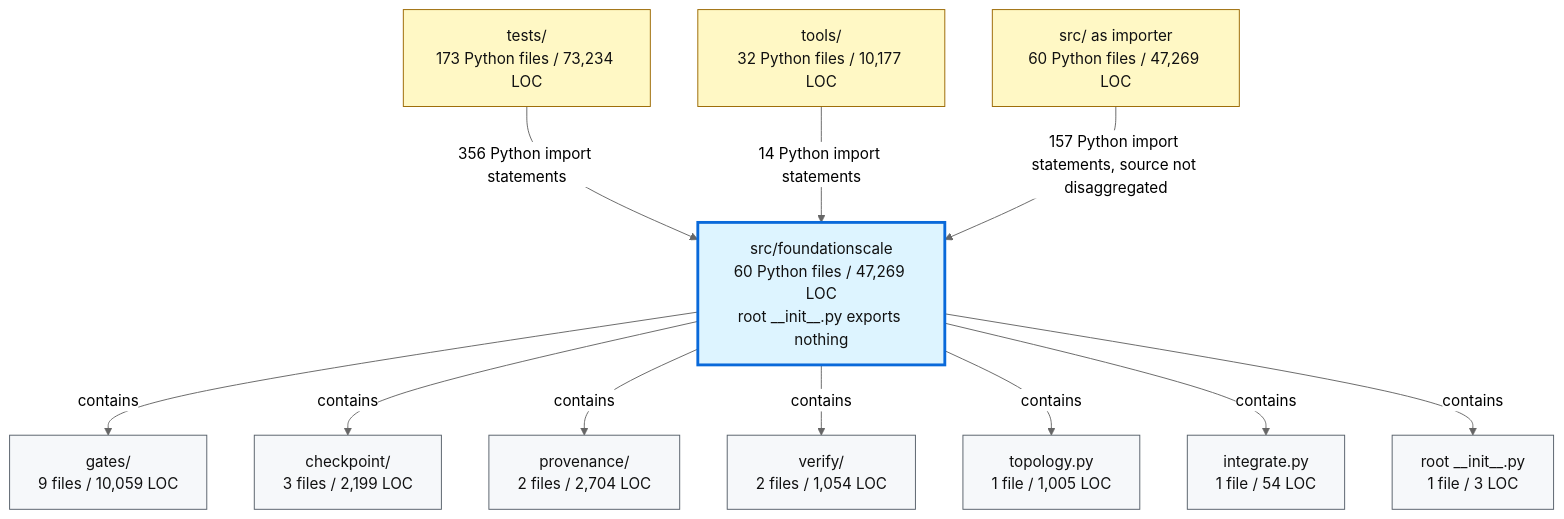
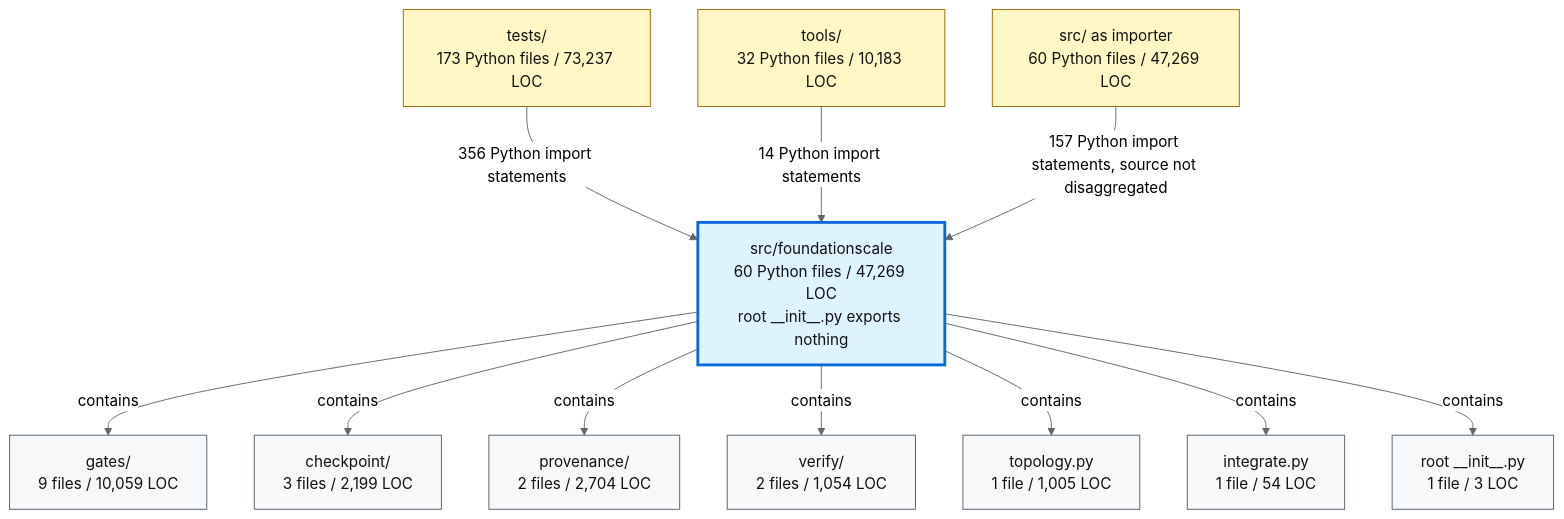
One commit to TranNhiem/FoundationScale changed the second of 2 diagrams in docs/review/D2_current_architecture.md. Above: the diagram before and after it, drawn with Mermaid (neutral theme). The commit also changed other lines of this file and 15 other files, not shown here.

````diff
--- a/docs/review/D2_current_architecture.md
+++ b/docs/review/D2_current_architecture.md
@@ -97,36 +97,36 @@
 ```mermaid
 flowchart TB
-  TESTS["tests/<br/>173 Python files / 73,234 LOC"]
-  TOOLS["tools/<br/>32 Python files / 10,177 LOC"]
+  TESTS["tests/<br/>173 Python files / 73,237 LOC"]
+  TOOLS["tools/<br/>32 Python files / 10,183 LOC"]
   SRC["src/ as importer<br/>60 Python files / 47,269 LOC"]
 
   FS["src/foundationscale<br/>60 Python files / 47,269 LOC<br/>root __init__.py exports nothing"]
 
   GATES["gates/<br/>9 files / 10,059 LOC"]
   CKPT["checkpoint/<br/>3 files / 2,199 LOC"]
   PROV["provenance/<br/>2 files / 2,704 LOC"]
   VERIFY["verify/<br/>2 files / 1,054 LOC"]
   TOPO["topology.py<br/>1 file / 1,005 LOC"]
   INTEG["integrate.py<br/>1 file / 54 LOC"]
   ROOT["root __init__.py<br/>1 file / 3 LOC"]
 
   TESTS -->|"356 Python import statements"| FS
   TOOLS -->|"14 Python import statements"| FS
   SRC -->|"157 Python import statements, source not disaggregated"| FS
 
   FS -->|"contains"| GATES
   FS -->|"contains"| CKPT
   FS -->|"contains"| PROV
   FS -->|"contains"| VERIFY
   FS -->|"contains"| TOPO
   FS -->|"contains"| INTEG
   FS -->|"contains"| ROOT
 
   classDef consumer fill:#fff8c5,stroke:#9a6700,color:#111;
   classDef package fill:#ddf4ff,stroke:#0969da,stroke-width:3px,color:#111;
   classDef module fill:#f6f8fa,stroke:#57606a,color:#111;
 
   class TESTS,TOOLS,SRC consumer;
   class FS package;
   class GATES,CKPT,PROV,VERIFY,TOPO,INTEG,ROOT module;
 ```
````
